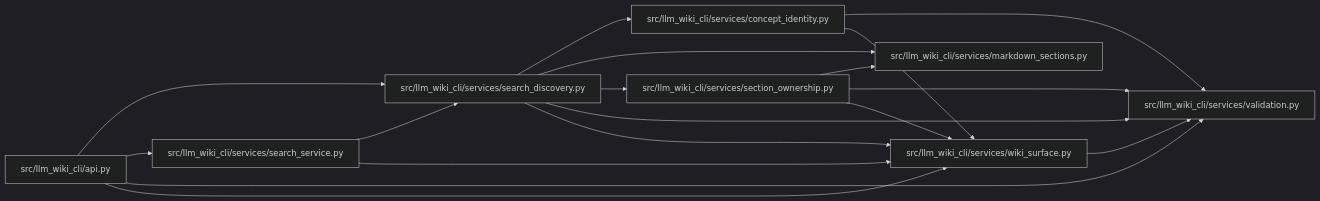
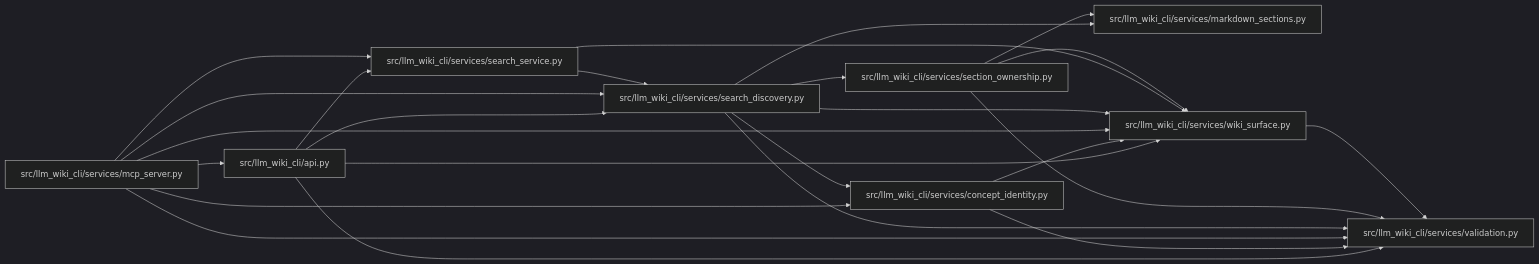
One commit to Denissvgn/python-wiki-llm changed the diagram in docs/llm_wiki/modules/search_discovery.md. Above: the diagram before and after it, drawn with Mermaid (dark theme). The commit also changed other lines of this file and 631 other files, not shown here.

````diff
--- a/docs/llm_wiki/modules/search_discovery.md
+++ b/docs/llm_wiki/modules/search_discovery.md
@@ -29,36 +29,44 @@
 ```mermaid
 flowchart LR
     n0["src/llm_wiki_cli/api.py"]
     n1["src/llm_wiki_cli/services/concept_identity.py"]
     n2["src/llm_wiki_cli/services/markdown_sections.py"]
-    n3["src/llm_wiki_cli/services/search_discovery.py"]
-    n4["src/llm_wiki_cli/services/search_service.py"]
-    n5["src/llm_wiki_cli/services/section_ownership.py"]
-    n6["src/llm_wiki_cli/services/validation.py"]
-    n7["src/llm_wiki_cli/services/wiki_surface.py"]
-    n0 --> n3
+    n3["src/llm_wiki_cli/services/mcp_server.py"]
+    n4["src/llm_wiki_cli/services/search_discovery.py"]
+    n5["src/llm_wiki_cli/services/search_service.py"]
+    n6["src/llm_wiki_cli/services/section_ownership.py"]
+    n7["src/llm_wiki_cli/services/validation.py"]
+    n8["src/llm_wiki_cli/services/wiki_surface.py"]
     n0 --> n4
-    n0 --> n6
+    n0 --> n5
     n0 --> n7
-    n1 --> n6
+    n0 --> n8
     n1 --> n7
+    n1 --> n8
+    n3 --> n0
     n3 --> n1
-    n3 --> n2
+    n3 --> n4
     n3 --> n5
-    n3 --> n6
     n3 --> n7
-    n4 --> n3
+    n3 --> n8
+    n4 --> n1
+    n4 --> n2
+    n4 --> n6
     n4 --> n7
-    n5 --> n2
-    n5 --> n6
-    n5 --> n7
-    n7 --> n6
+    n4 --> n8
+    n5 --> n4
+    n5 --> n8
+    n6 --> n2
+    n6 --> n7
+    n6 --> n8
+    n8 --> n7
     click n0 "../modules/api.md"
     click n1 "../modules/concept_identity.md"
     click n2 "../modules/markdown_sections.md"
-    click n3 "../modules/search_discovery.md"
-    click n4 "../modules/search_service.md"
-    click n5 "../modules/section_ownership.md"
-    click n6 "../modules/validation.md"
-    click n7 "../modules/wiki_surface.md"
+    click n3 "../modules/mcp_server.md"
+    click n4 "../modules/search_discovery.md"
+    click n5 "../modules/search_service.md"
+    click n6 "../modules/section_ownership.md"
+    click n7 "../modules/validation.md"
+    click n8 "../modules/wiki_surface.md"
 ```
````
